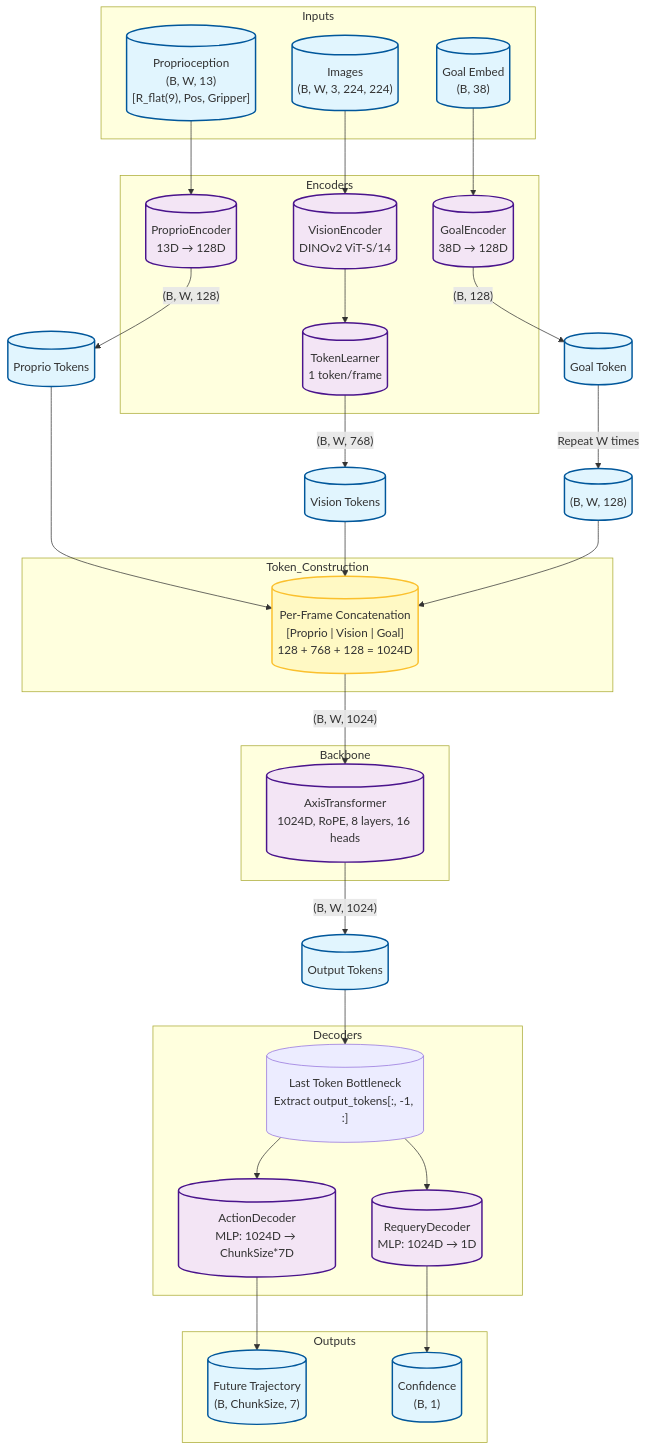
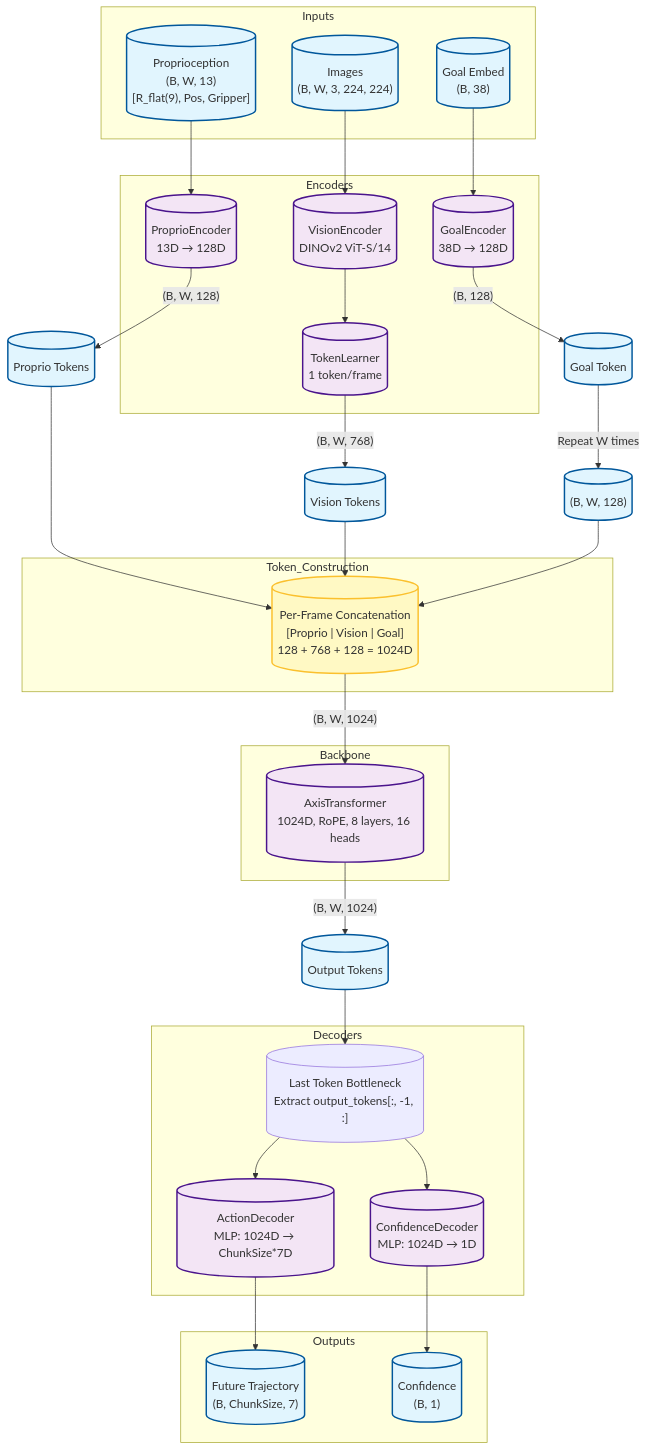
One commit to Thoooomas14/Axis changed the first of 2 diagrams in docs/model_architecture_vis.md. Above: the diagram before and after it, drawn with Mermaid. The commit also changed 5 other files, not shown here.

````diff
--- a/docs/model_architecture_vis.md
+++ b/docs/model_architecture_vis.md
@@ -7,64 +7,64 @@
 ```mermaid
 graph TD
     subgraph Inputs
         IMG[("Images<br/>(B, W, 3, 224, 224)")]
         PROP[("Proprioception<br/>(B, W, 13)<br/>[R_flat(9), Pos, Gripper]")]
         GOAL[("Goal Embed<br/>(B, 38)")]
     end
 
     subgraph Encoders
         VE[("VisionEncoder<br/>DINOv2 ViT-S/14")]
         PE[("ProprioEncoder<br/>13D → 128D")]
         GE[("GoalEncoder<br/>38D → 128D")]
         TL[("TokenLearner<br/>1 token/frame")]
     end
 
     subgraph Token_Construction
         CAT[("Per-Frame Concatenation<br/>[Proprio | Vision | Goal]<br/>128 + 768 + 128 = 1024D")]
     end
 
     subgraph Backbone
         TR[("AxisTransformer<br/>1024D, RoPE, 8 layers, 16 heads")]
     end
 
     subgraph Decoders
         LT[("Last Token Bottleneck<br/>Extract output_tokens[:, -1, :]")]
         AD[("ActionDecoder<br/>MLP: 1024D → ChunkSize*7D")]
-        RD[("RequeryDecoder<br/>MLP: 1024D → 1D")]
+        RD[("ConfidenceDecoder<br/>MLP: 1024D → 1D")]
     end
 
     subgraph Outputs
         ACT[("Future Trajectory<br/>(B, ChunkSize, 7)")]
         REQ[("Confidence<br/>(B, 1)")]
     end
 
     %% Connections
     IMG --> VE --> TL
     TL -->|"(B, W, 768)"| VTOK[("Vision Tokens")]
     
     PROP --> PE -->|"(B, W, 128)"| PTOK[("Proprio Tokens")]
     
     GOAL --> GE -->|"(B, 128)"| GTOK[("Goal Token")]
     GTOK -->|"Repeat W times"| GEXP[("(B, W, 128)")]
     
     PTOK --> CAT
     VTOK --> CAT
     GEXP --> CAT
     CAT -->|"(B, W, 1024)"| TR
     
     TR -->|"(B, W, 1024)"| OUT[("Output Tokens")]
     
     OUT --> LT
     LT --> AD
     LT --> RD
     AD --> ACT
     RD --> REQ
 
     classDef tensor fill:#e1f5fe,stroke:#01579b,stroke-width:2px;
     classDef component fill:#f3e5f5,stroke:#4a148c,stroke-width:2px,rx:10,ry:10;
     classDef logic fill:#fff9c4,stroke:#fbc02d,stroke-width:2px;
 
     class IMG,PROP,GOAL,VTOK,PTOK,GTOK,GEXP,OUT,ACT,REQ tensor;
     class VE,PE,GE,TL,TR,AD,RD component;
     class CAT logic;
 ```
````
